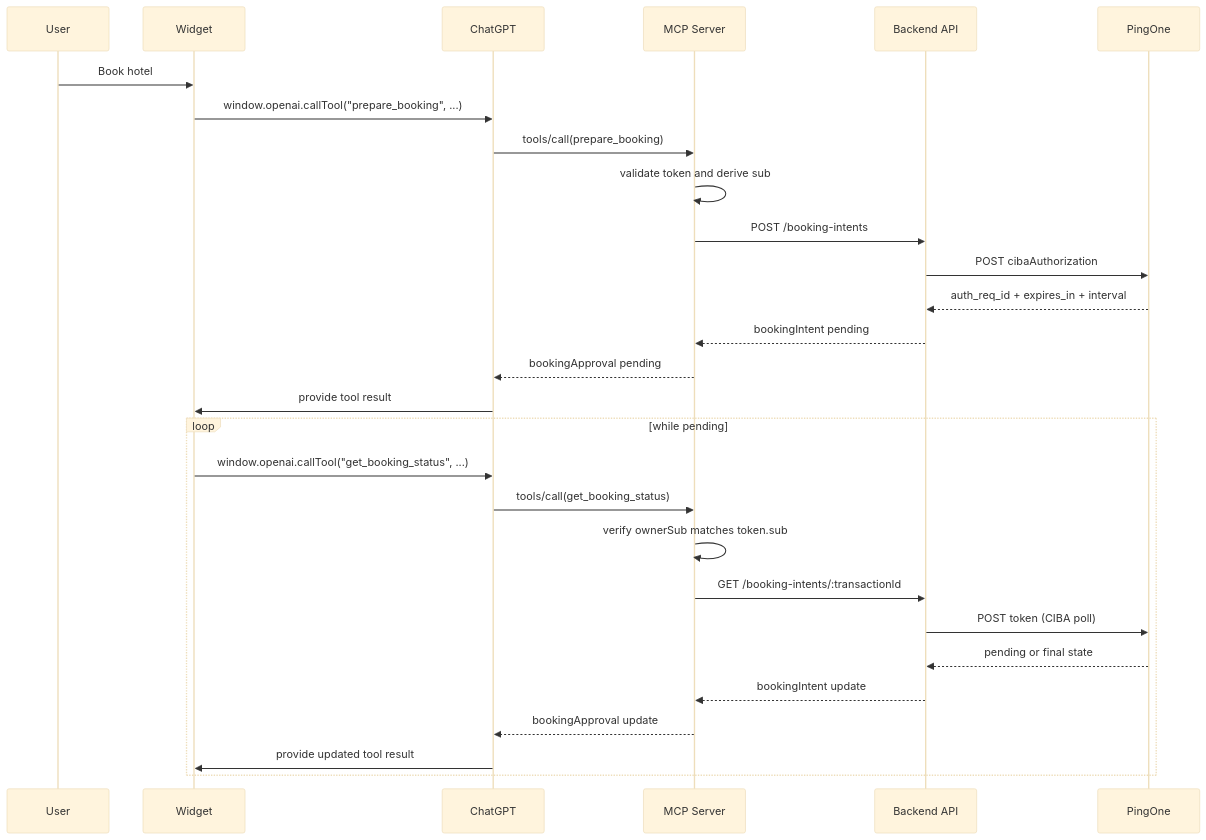
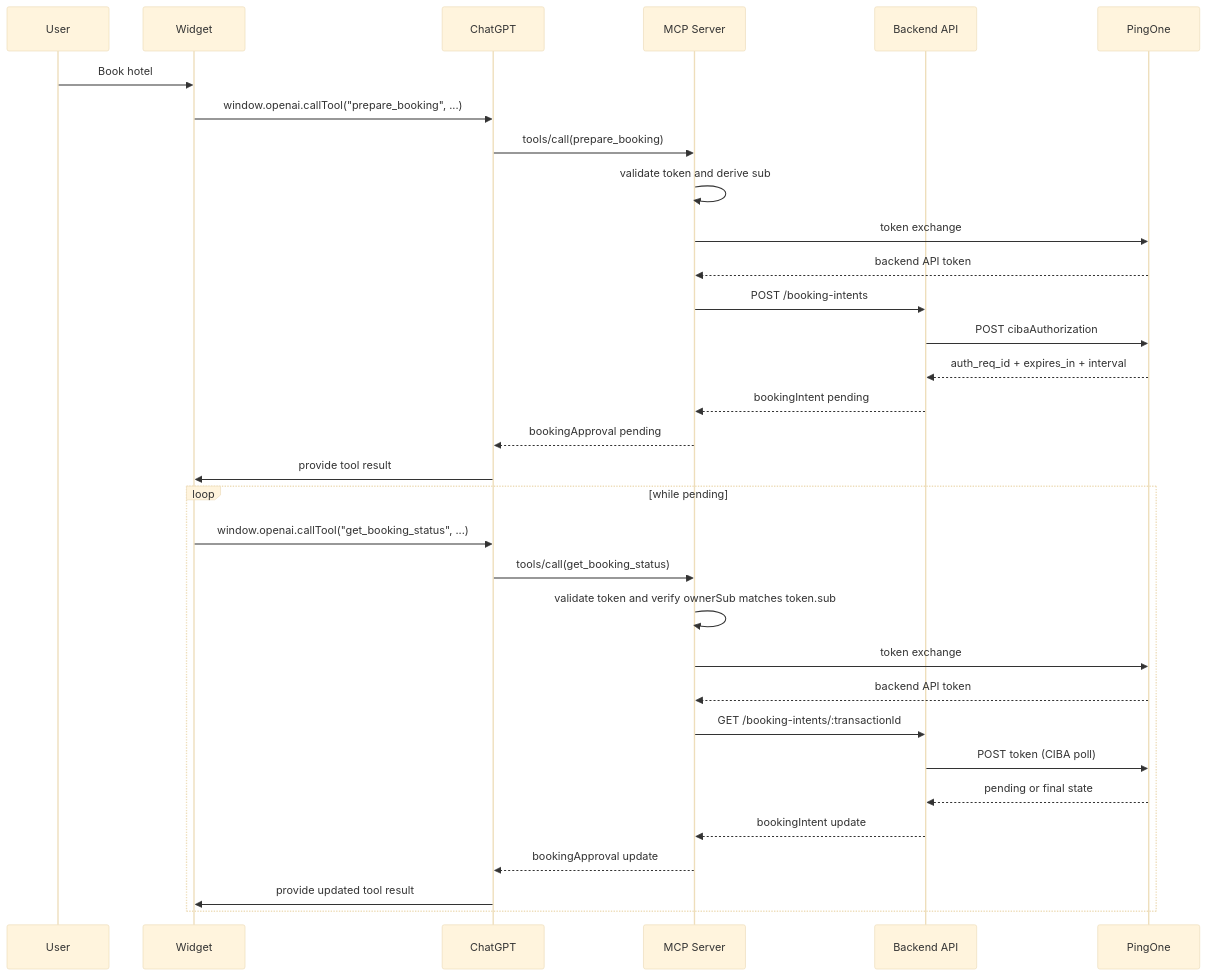
The fourth of 4 diagrams in README.md (carbonefederico/ai-myhotels-chatgpt-app), drawn with Mermaid (base theme) before and after one commit. The commit also changed other lines of this file and 2 other files, not shown here.

````diff
--- a/README.md
+++ b/README.md
@@ -254,32 +290,36 @@
 ```mermaid
 sequenceDiagram
     participant U as User
     participant W as Widget
     participant CG as ChatGPT
     participant MCP as MCP Server
     participant API as Backend API
     participant P1 as PingOne
 
     U->>W: Book hotel
     W->>CG: window.openai.callTool("prepare_booking", ...)
     CG->>MCP: tools/call(prepare_booking)
     MCP->>MCP: validate token and derive sub
+    MCP->>P1: token exchange
+    P1-->>MCP: backend API token
     MCP->>API: POST /booking-intents
     API->>P1: POST cibaAuthorization
     P1-->>API: auth_req_id + expires_in + interval
     API-->>MCP: bookingIntent pending
     MCP-->>CG: bookingApproval pending
     CG->>W: provide tool result
 
     loop while pending
         W->>CG: window.openai.callTool("get_booking_status", ...)
         CG->>MCP: tools/call(get_booking_status)
-        MCP->>MCP: verify ownerSub matches token.sub
+        MCP->>MCP: validate token and verify ownerSub matches token.sub
+        MCP->>P1: token exchange
+        P1-->>MCP: backend API token
         MCP->>API: GET /booking-intents/:transactionId
         API->>P1: POST token (CIBA poll)
         P1-->>API: pending or final state
         API-->>MCP: bookingIntent update
         MCP-->>CG: bookingApproval update
         CG->>W: provide updated tool result
     end
 ```
````
